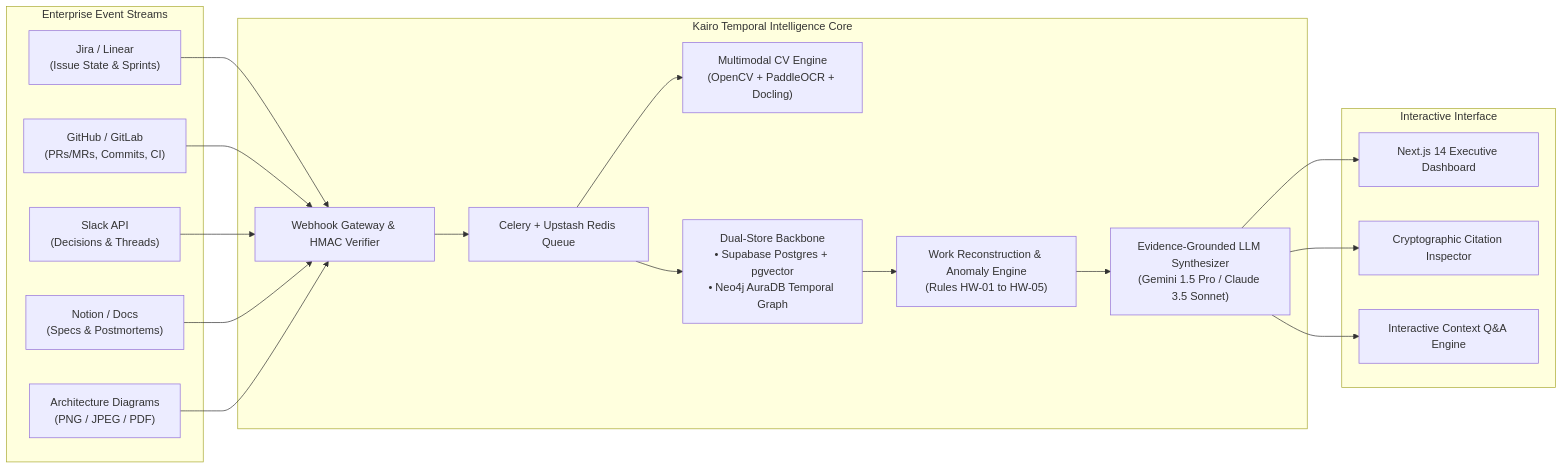
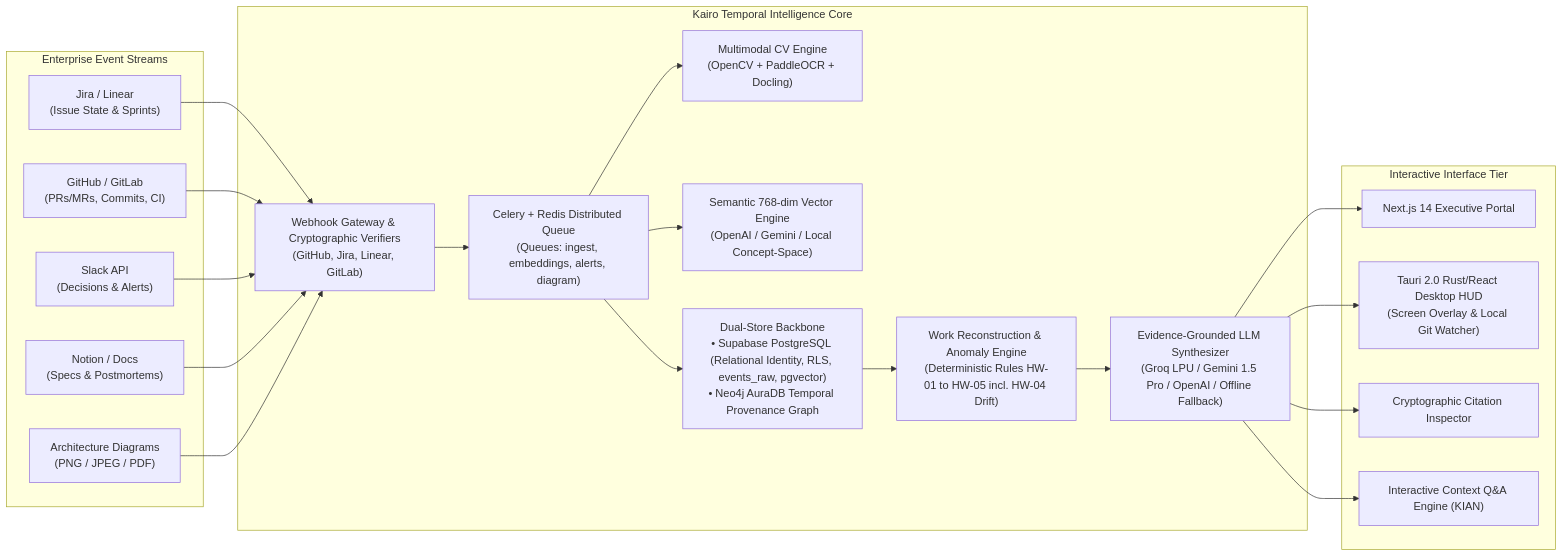
One commit to adi-tya10/kairo changed the first of 2 diagrams in README.md. Above: the diagram before and after it, drawn with Mermaid. The commit also changed other lines of this file, not shown here.

Commit message:
docs(architecture): synchronize architecture diagrams, tech stack, and component tiers in README.md

````diff
--- a/README.md
+++ b/README.md
@@ -32,29 +32,31 @@
 ```mermaid
 flowchart LR
     subgraph INGRESS ["Enterprise Event Streams"]
         JIRA["Jira / Linear\n(Issue State & Sprints)"]
         GH["GitHub / GitLab\n(PRs/MRs, Commits, CI)"]
-        SLACK["Slack API\n(Decisions & Threads)"]
+        SLACK["Slack API\n(Decisions & Alerts)"]
         NOTION["Notion / Docs\n(Specs & Postmortems)"]
         DIAG["Architecture Diagrams\n(PNG / JPEG / PDF)"]
     end
 
     subgraph ENGINE ["Kairo Temporal Intelligence Core"]
-        GW["Webhook Gateway & HMAC Verifier"]
-        QUEUE["Celery + Upstash Redis Queue"]
+        GW["Webhook Gateway & Cryptographic Verifiers\n(GitHub, Jira, Linear, GitLab)"]
+        QUEUE["Celery + Redis Distributed Queue\n(Queues: ingest, embeddings, alerts, diagram)"]
         CV["Multimodal CV Engine\n(OpenCV + PaddleOCR + Docling)"]
-        DUAL_DB["Dual-Store Backbone\n• Supabase Postgres + pgvector\n• Neo4j AuraDB Temporal Graph"]
-        RECON["Work Reconstruction & Anomaly Engine\n(Rules HW-01 to HW-05)"]
-        SYNTH["Evidence-Grounded LLM Synthesizer\n(Gemini 1.5 Pro / Claude 3.5 Sonnet)"]
+        EMBED["Semantic 768-dim Vector Engine\n(OpenAI / Gemini / Local Concept-Space)"]
+        DUAL_DB["Dual-Store Backbone\n• Supabase PostgreSQL (Relational Identity, RLS, events_raw, pgvector)\n• Neo4j AuraDB Temporal Provenance Graph"]
+        RECON["Work Reconstruction & Anomaly Engine\n(Deterministic Rules HW-01 to HW-05 incl. HW-04 Drift)"]
+        SYNTH["Evidence-Grounded LLM Synthesizer\n(Groq LPU / Gemini 1.5 Pro / OpenAI / Offline Fallback)"]
     end
 
-    subgraph PRESENTATION ["Interactive Interface"]
-        DASH["Next.js 14 Executive Dashboard"]
+    subgraph PRESENTATION ["Interactive Interface Tier"]
+        DASH["Next.js 14 Executive Portal"]
+        HUD["Tauri 2.0 Rust/React Desktop HUD\n(Screen Overlay & Local Git Watcher)"]
         CITE["Cryptographic Citation Inspector"]
-        QA["Interactive Context Q&A Engine"]
+        QA["Interactive Context Q&A Engine (KIAN)"]
     end
 
     JIRA & GH & SLACK & NOTION & DIAG --> GW
-    GW --> QUEUE --> CV & DUAL_DB
-    DUAL_DB --> RECON --> SYNTH --> DASH & CITE & QA
+    GW --> QUEUE --> CV & EMBED & DUAL_DB
+    DUAL_DB --> RECON --> SYNTH --> DASH & HUD & CITE & QA
 ```
````
